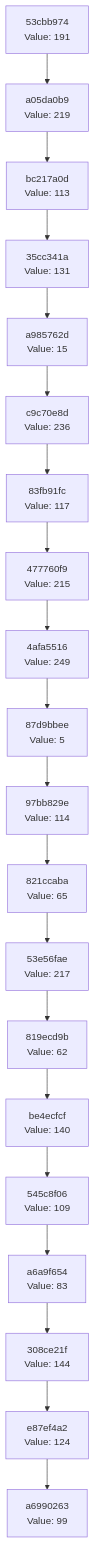
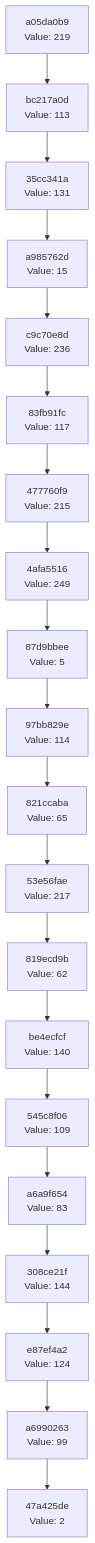
One commit to Abhisheksinha1506/hash-chain-evolver changed the diagram in docs/CHAIN_VISUALIZATION.md. Above: the diagram before and after it, drawn with Mermaid. The commit also changed 2 other files, not shown here.

Commit message:
Evolution Step

````diff
--- a/docs/CHAIN_VISUALIZATION.md
+++ b/docs/CHAIN_VISUALIZATION.md
@@ -3,42 +3,42 @@
 ```mermaid
 graph TD
-    C0["a6990263<br/>Value: 99"]
-    C1["e87ef4a2<br/>Value: 124"]
+    C0["47a425de<br/>Value: 2"]
+    C1["a6990263<br/>Value: 99"]
     C1 --> C0
-    C2["308ce21f<br/>Value: 144"]
+    C2["e87ef4a2<br/>Value: 124"]
     C2 --> C1
-    C3["a6a9f654<br/>Value: 83"]
+    C3["308ce21f<br/>Value: 144"]
     C3 --> C2
-    C4["545c8f06<br/>Value: 109"]
+    C4["a6a9f654<br/>Value: 83"]
     C4 --> C3
-    C5["be4ecfcf<br/>Value: 140"]
+    C5["545c8f06<br/>Value: 109"]
     C5 --> C4
-    C6["819ecd9b<br/>Value: 62"]
+    C6["be4ecfcf<br/>Value: 140"]
     C6 --> C5
-    C7["53e56fae<br/>Value: 217"]
+    C7["819ecd9b<br/>Value: 62"]
     C7 --> C6
-    C8["821ccaba<br/>Value: 65"]
+    C8["53e56fae<br/>Value: 217"]
     C8 --> C7
-    C9["97bb829e<br/>Value: 114"]
+    C9["821ccaba<br/>Value: 65"]
     C9 --> C8
-    C10["87d9bbee<br/>Value: 5"]
+    C10["97bb829e<br/>Value: 114"]
     C10 --> C9
-    C11["4afa5516<br/>Value: 249"]
+    C11["87d9bbee<br/>Value: 5"]
     C11 --> C10
-    C12["477760f9<br/>Value: 215"]
+    C12["4afa5516<br/>Value: 249"]
     C12 --> C11
-    C13["83fb91fc<br/>Value: 117"]
+    C13["477760f9<br/>Value: 215"]
     C13 --> C12
-    C14["c9c70e8d<br/>Value: 236"]
+    C14["83fb91fc<br/>Value: 117"]
     C14 --> C13
-    C15["a985762d<br/>Value: 15"]
+    C15["c9c70e8d<br/>Value: 236"]
     C15 --> C14
-    C16["35cc341a<br/>Value: 131"]
+    C16["a985762d<br/>Value: 15"]
     C16 --> C15
-    C17["bc217a0d<br/>Value: 113"]
+    C17["35cc341a<br/>Value: 131"]
     C17 --> C16
-    C18["a05da0b9<br/>Value: 219"]
+    C18["bc217a0d<br/>Value: 113"]
     C18 --> C17
-    C19["53cbb974<br/>Value: 191"]
+    C19["a05da0b9<br/>Value: 219"]
     C19 --> C18
 ```
````
